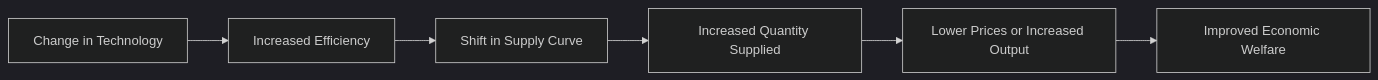
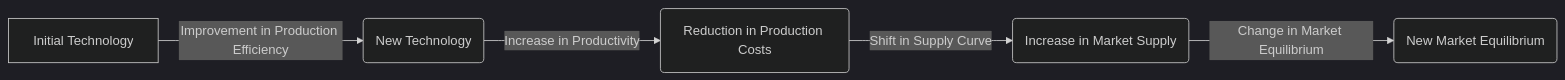
One commit to DagimAlemayehuu/Ater changed the diagram in Obsidian_Vault/2-Academic/Winter 2026/Economics/2_Theory_Of_Demand_And_Supply/Change_In_Technology.md. Above: the diagram before and after it, drawn with Mermaid (dark theme). The commit also changed other lines of this file and 52 other files, not shown here.

````diff
--- a/Obsidian_Vault/2-Academic/Winter 2026/Economics/2_Theory_Of_Demand_And_Supply/Change_In_Technology.md
+++ b/Obsidian_Vault/2-Academic/Winter 2026/Economics/2_Theory_Of_Demand_And_Supply/Change_In_Technology.md
@@ -39,10 +39,9 @@
 ```mermaid
 
 graph LR
-    A[Change in Technology] --> B[Increased Efficiency]
-    B --> C[Shift in Supply Curve]
-    C --> D[Increased Quantity Supplied]
-    D --> E[Lower Prices or Increased Output]
-    E --> F[Improved Economic Welfare]
+    A[Initial Technology] -->|Improvement in Production Efficiency| B(New Technology)
+    B -->|Increase in Productivity| C(Reduction in Production Costs)
+    C -->|Shift in Supply Curve| D(Increase in Market Supply)
+    D -->|Change in Market Equilibrium| E(New Market Equilibrium)
 
 ```
````
